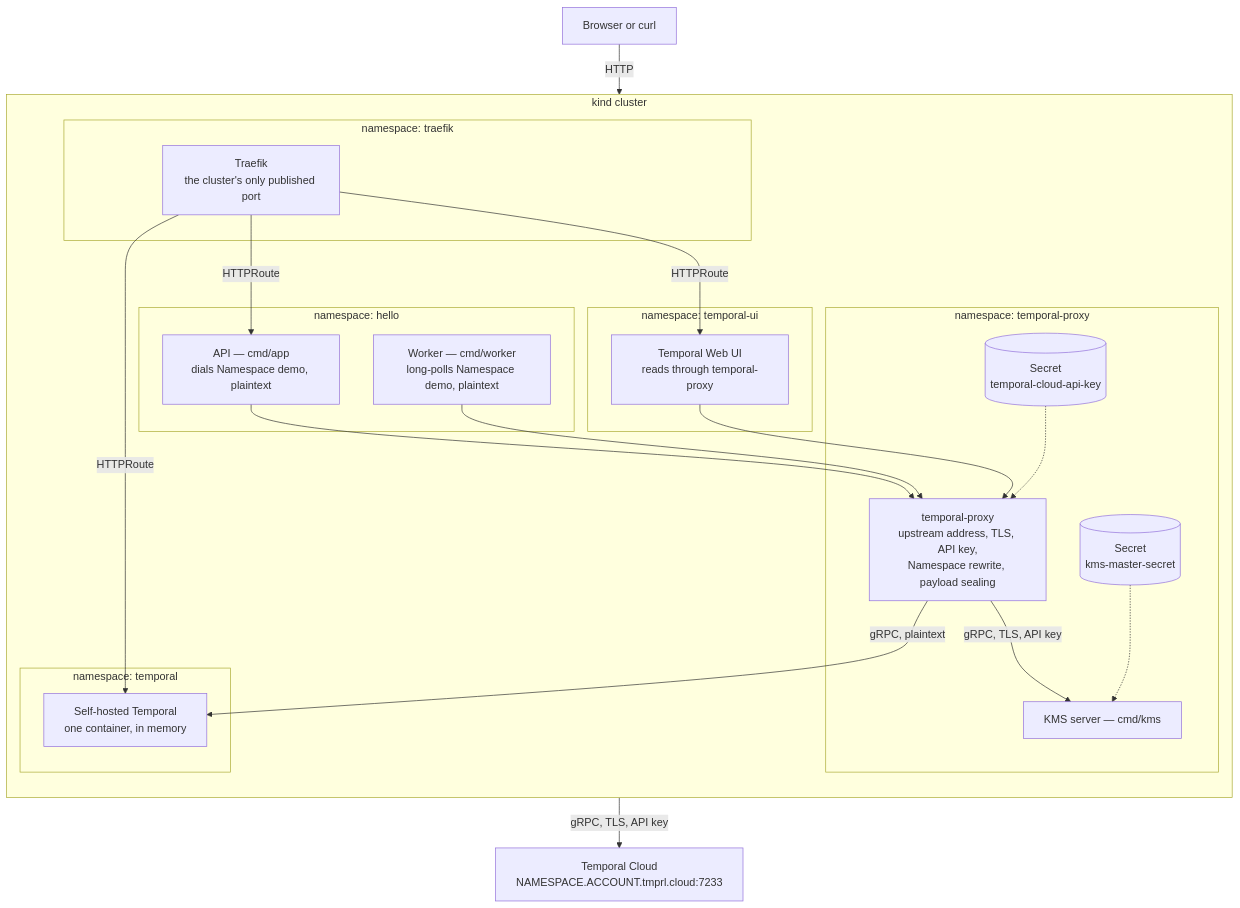
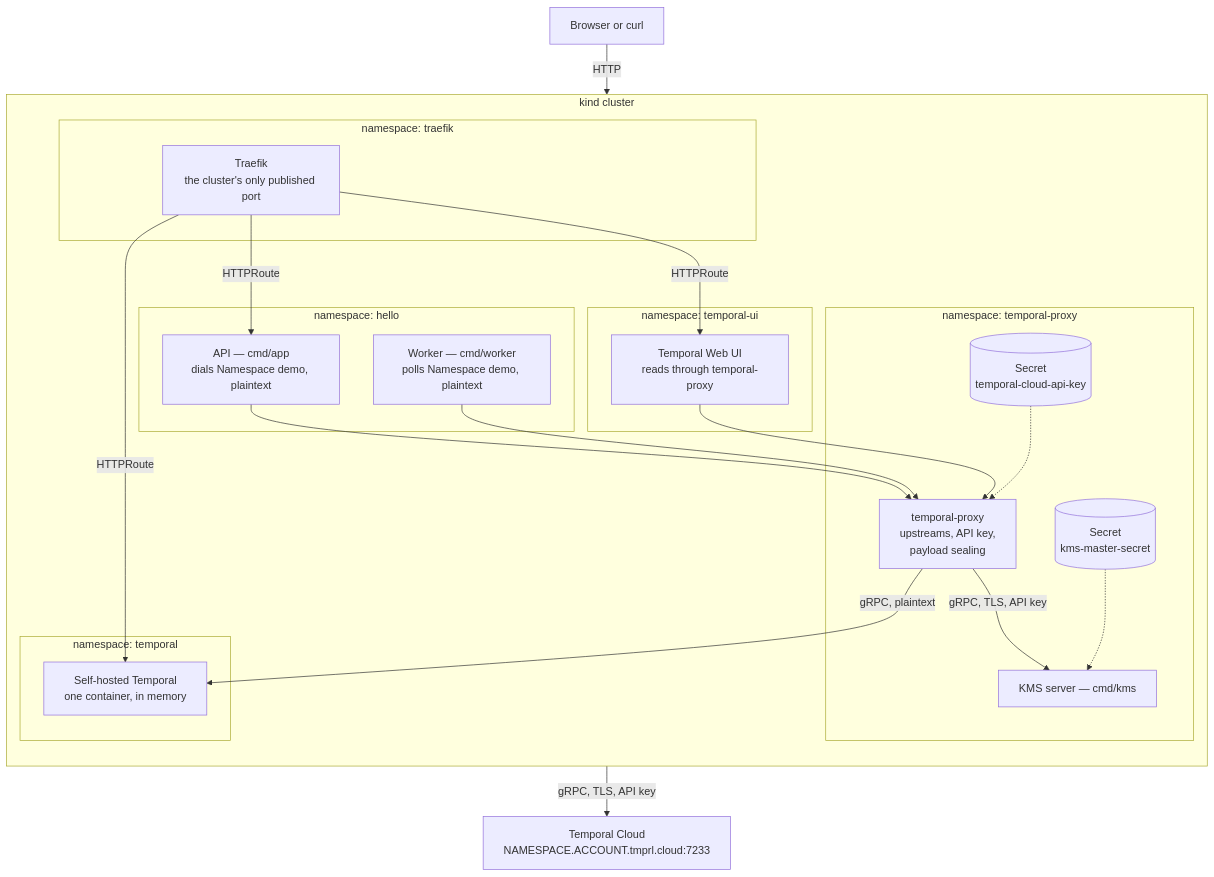
Before and after one commit to alexandreroman/temporal-proxy-demo: the diagram in README.md, drawn with Mermaid. The commit also changed other lines of this file and 1 other file, not shown here.

````diff
--- a/README.md
+++ b/README.md
@@ -29,46 +30,46 @@
 ```mermaid
 flowchart TB
     client["Browser or curl"]
     cloud["Temporal Cloud<br/>NAMESPACE.ACCOUNT.tmprl.cloud:7233"]
 
     subgraph kind["kind cluster"]
         direction TB
 
         subgraph ns_traefik["namespace: traefik"]
             traefik["Traefik<br/>the cluster's only published port"]
         end
 
         subgraph ns_hello["namespace: hello"]
             api["API — cmd/app<br/>dials Namespace demo, plaintext"]
-            worker["Worker — cmd/worker<br/>long-polls Namespace demo, plaintext"]
+            worker["Worker — cmd/worker<br/>polls Namespace demo, plaintext"]
         end
 
         subgraph ns_proxy["namespace: temporal-proxy"]
-            proxy["temporal-proxy<br/>upstream address, TLS, API key,<br/>Namespace rewrite, payload sealing"]
+            proxy["temporal-proxy<br/>upstreams, API key,<br/>payload sealing"]
             kms["KMS server — cmd/kms"]
             apikey[("Secret<br/>temporal-cloud-api-key")]
             master[("Secret<br/>kms-master-secret")]
         end
 
         subgraph ns_temporal["namespace: temporal"]
             selfhosted["Self-hosted Temporal<br/>one container, in memory"]
         end
 
         subgraph ns_ui["namespace: temporal-ui"]
             ui["Temporal Web UI<br/>reads through temporal-proxy"]
         end
     end
 
     client -->|HTTP| traefik
     traefik -->|HTTPRoute| api
     traefik -->|HTTPRoute| selfhosted
     traefik -->|HTTPRoute| ui
     api --> proxy
     worker --> proxy
     ui --> proxy
     proxy -->|"gRPC, TLS, API key"| kms
     proxy -->|"gRPC, TLS, API key"| cloud
     proxy -->|"gRPC, plaintext"| selfhosted
     apikey -.-> proxy
     master -.-> kms
 ```
````
